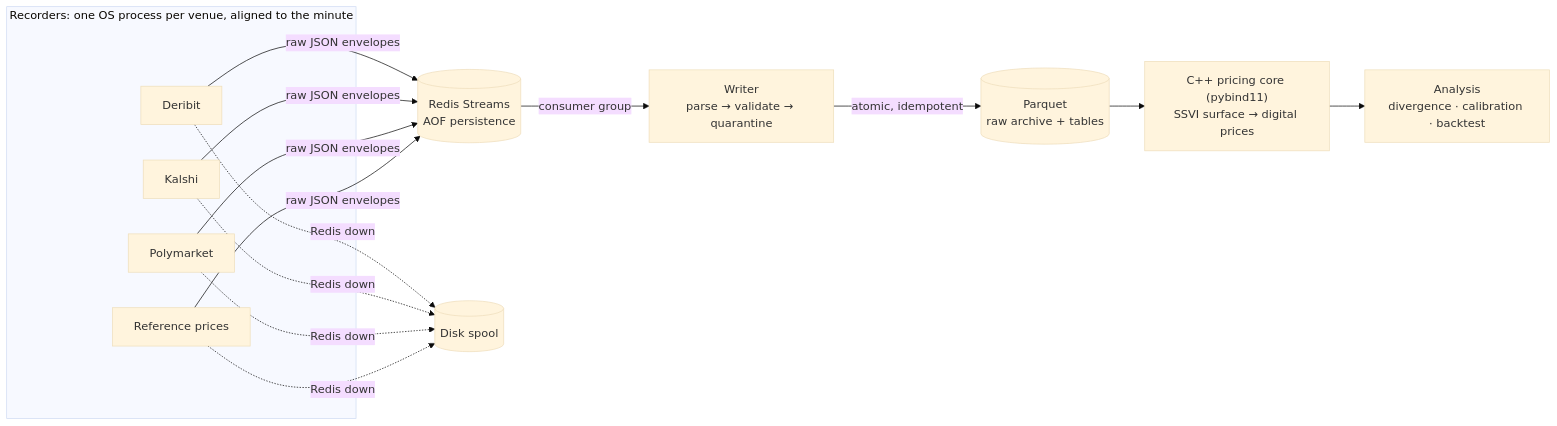
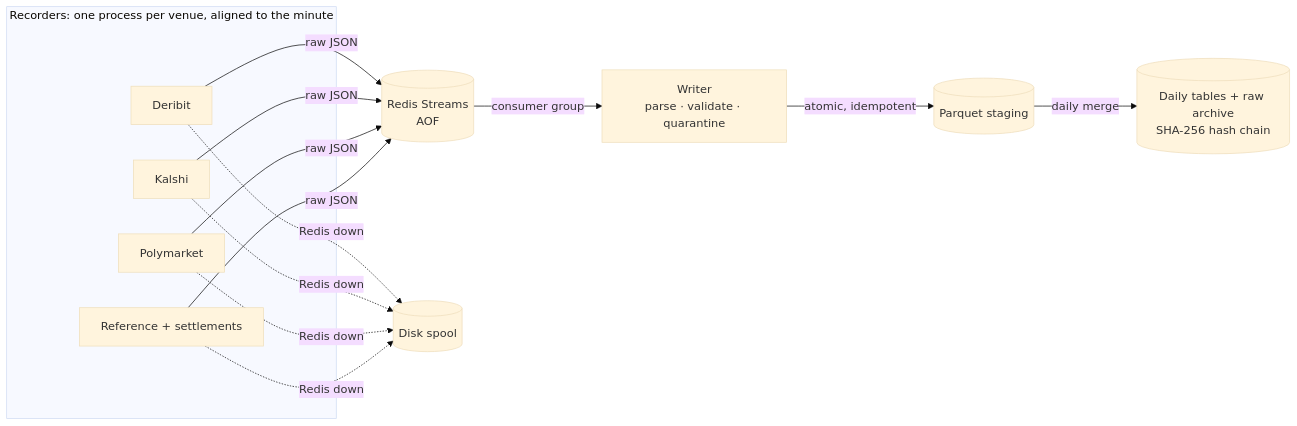
Before and after one commit to realkyle/implied-odds: the diagram in README.md, drawn with Mermaid (base theme). The commit also changed other lines of this file, not shown here.

````diff
--- a/README.md
+++ b/README.md
@@ -56,15 +27,14 @@
 ```mermaid
 flowchart LR
-  subgraph rec["Recorders: one OS process per venue, aligned to the minute"]
+  subgraph rec["Recorders: one process per venue, aligned to the minute"]
     D[Deribit]
     K[Kalshi]
     P[Polymarket]
-    R[Reference prices]
+    R[Reference + settlements]
   end
-  D & K & P & R -- raw JSON envelopes --> RS[("Redis Streams<br/>AOF persistence")]
+  D & K & P & R -- raw JSON --> RS[("Redis Streams<br/>AOF")]
   D & K & P & R -. Redis down .-> SP[(Disk spool)]
-  RS -- consumer group --> W["Writer<br/>parse → validate → quarantine"]
-  W -- atomic, idempotent --> PQ[("Parquet<br/>raw archive + tables")]
-  PQ --> C["C++ pricing core (pybind11)<br/>SSVI surface → digital prices"]
-  C --> A["Analysis<br/>divergence · calibration · backtest"]
+  RS -- consumer group --> W["Writer<br/>parse · validate · quarantine"]
+  W -- atomic, idempotent --> PQ[("Parquet staging")]
+  PQ -- daily merge --> M[("Daily tables + raw archive<br/>SHA-256 hash chain")]
 ```
````
